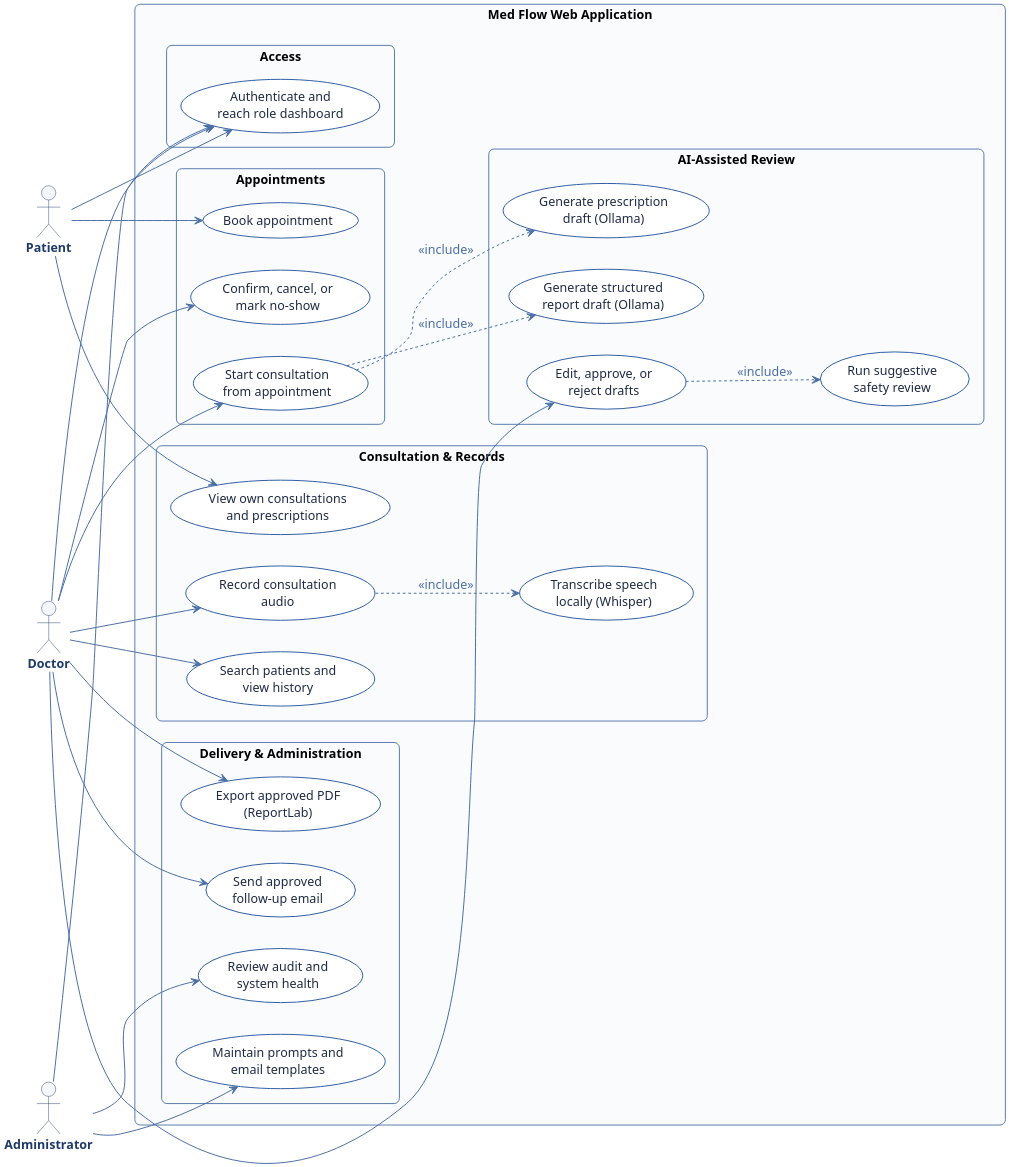
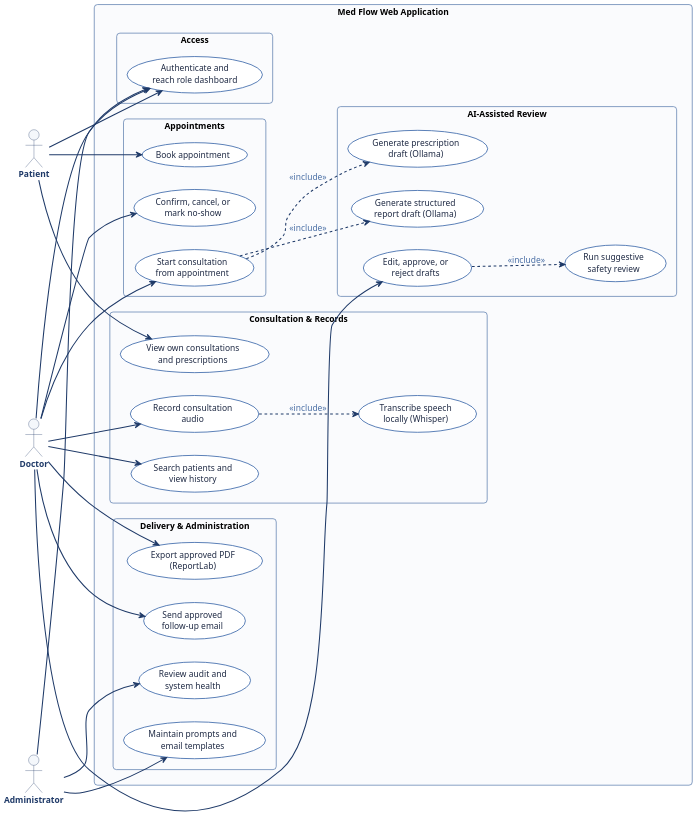
The diagram in overleaf-report/assets/img/use_case_diagram.puml (Manish-SDU/OPD-VERTEX), drawn with PlantUML before and after one commit. The commit also changed 5 other files, not shown here.

Commit message:
Move table captions to top; refine use-case diagram arrows and size

```diff
--- a/overleaf-report/assets/img/use_case_diagram.puml
+++ b/overleaf-report/assets/img/use_case_diagram.puml
@@ -1,100 +1,98 @@
 @startuml use_case_diagram
 ' Med Flow - Use Case Diagram
-skinparam dpi 220
+skinparam dpi 160
 skinparam defaultFontName "Helvetica"
-skinparam defaultFontSize 14
+skinparam defaultFontSize 13
 skinparam shadowing false
-skinparam roundCorner 12
+skinparam roundCorner 10
 skinparam packageStyle rectangle
 
 skinparam actor {
   BackgroundColor #F4F7FB
   BorderColor #1F3A68
   FontColor #1F3A68
   FontStyle bold
 }
 skinparam usecase {
   BackgroundColor #FFFFFF
   BorderColor #2E5DA4
   FontColor #1F2A44
-  BorderThickness 1.1
+  BorderThickness 1.2
 }
 skinparam package {
   BackgroundColor #FAFBFD
   BorderColor #4A6FA5
   FontColor #1F3A68
   FontStyle bold
 }
 skinparam arrow {
-  Color #4A6FA5
+  Color #1F3A68
   FontColor #4A6FA5
-  Thickness 1.1
+  Thickness 1.6
 }
 
 left to right direction
 
 actor "Patient" as PA
 actor "Doctor" as DR
 actor "Administrator" as AD
 
 rectangle "Med Flow Web Application" as Sys {
 
   package "Access" {
     usecase "Authenticate and\nreach role dashboard" as UC_LOGIN
   }
 
   package "Appointments" {
     usecase "Book appointment" as UC_BOOK
     usecase "Confirm, cancel, or\nmark no-show" as UC_MANAGE
     usecase "Start consultation\nfrom appointment" as UC_START
   }
 
   package "Consultation & Records" {
     usecase "Record consultation\naudio" as UC_REC
     usecase "Transcribe speech\nlocally (Whisper)" as UC_TR
     usecase "Search patients and\nview history" as UC_HIST
     usecase "View own consultations\nand prescriptions" as UC_VIEW
   }
 
   package "AI-Assisted Review" {
     usecase "Generate structured\nreport draft (Ollama)" as UC_REP
     usecase "Generate prescription\ndraft (Ollama)" as UC_RX
     usecase "Run suggestive\nsafety review" as UC_SUG
     usecase "Edit, approve, or\nreject drafts" as UC_APPR
   }
 
   package "Delivery & Administration" {
     usecase "Export approved PDF\n(ReportLab)" as UC_PDF
     usecase "Send approved\nfollow-up email" as UC_MAIL
     usecase "Maintain prompts and\nemail templates" as UC_CFG
     usecase "Review audit and\nsystem health" as UC_AUD
   }
 }
 
-' Patient
+' Actor associations (solid)
 PA --> UC_LOGIN
 PA --> UC_BOOK
 PA --> UC_VIEW
 
-' Doctor
 DR --> UC_LOGIN
 DR --> UC_MANAGE
 DR --> UC_START
 DR --> UC_REC
 DR --> UC_HIST
 DR --> UC_APPR
 DR --> UC_PDF
 DR --> UC_MAIL
 
-' Administrator
 AD --> UC_LOGIN
 AD --> UC_CFG
 AD --> UC_AUD
 
-' Includes (automated steps triggered by primary use cases)
-UC_REC  ..> UC_TR  : <<include>>
+' Include relationships (dashed)
+UC_REC   ..> UC_TR  : <<include>>
 UC_START ..> UC_REP : <<include>>
 UC_START ..> UC_RX  : <<include>>
-UC_APPR ..> UC_SUG : <<include>>
+UC_APPR  ..> UC_SUG : <<include>>
 
 @enduml
```
